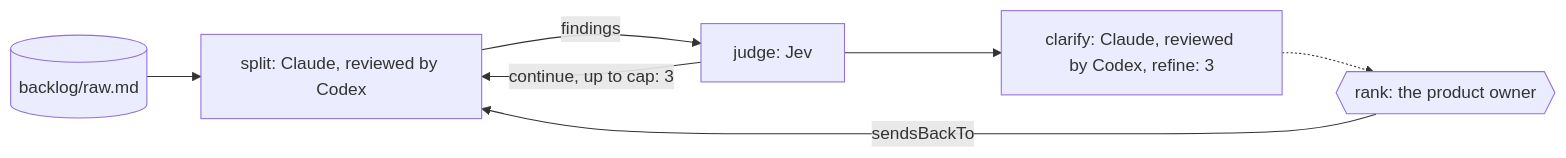
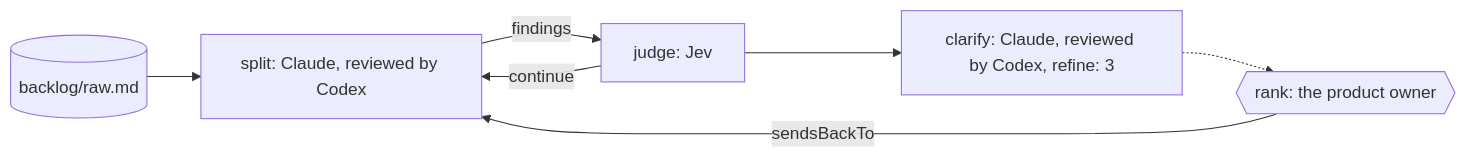
Before and after one commit to jonny981/obversa: the diagram in docs/public/workflows/backlog-groom-then-rank.mdx, drawn with Mermaid. The commit also changed other lines of this file and 44 other files, not shown here.

````diff
--- a/docs/public/workflows/backlog-groom-then-rank.mdx
+++ b/docs/public/workflows/backlog-groom-then-rank.mdx
@@ -315,9 +315,9 @@
 ```mermaid
 flowchart LR
   raw[("backlog/raw.md")] --> split["split: Claude, reviewed by Codex"]
   split -->|findings| judge["judge: Jev"]
-  judge -->|"continue, up to cap: 3"| split
+  judge -->|continue| split
   judge --> clarify["clarify: Claude, reviewed by Codex, refine: 3"]
   clarify -.-> rank{{"rank: the product owner"}}
   rank -->|sendsBackTo| split
 ```
````
